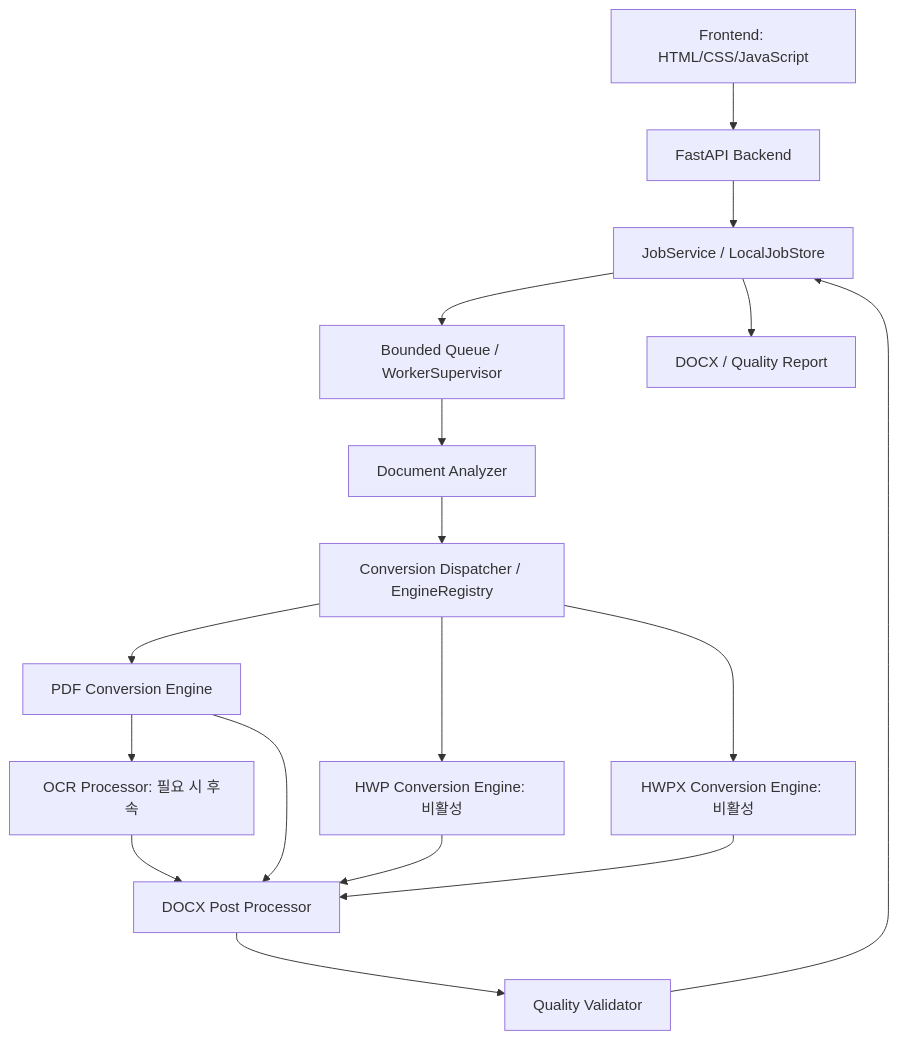
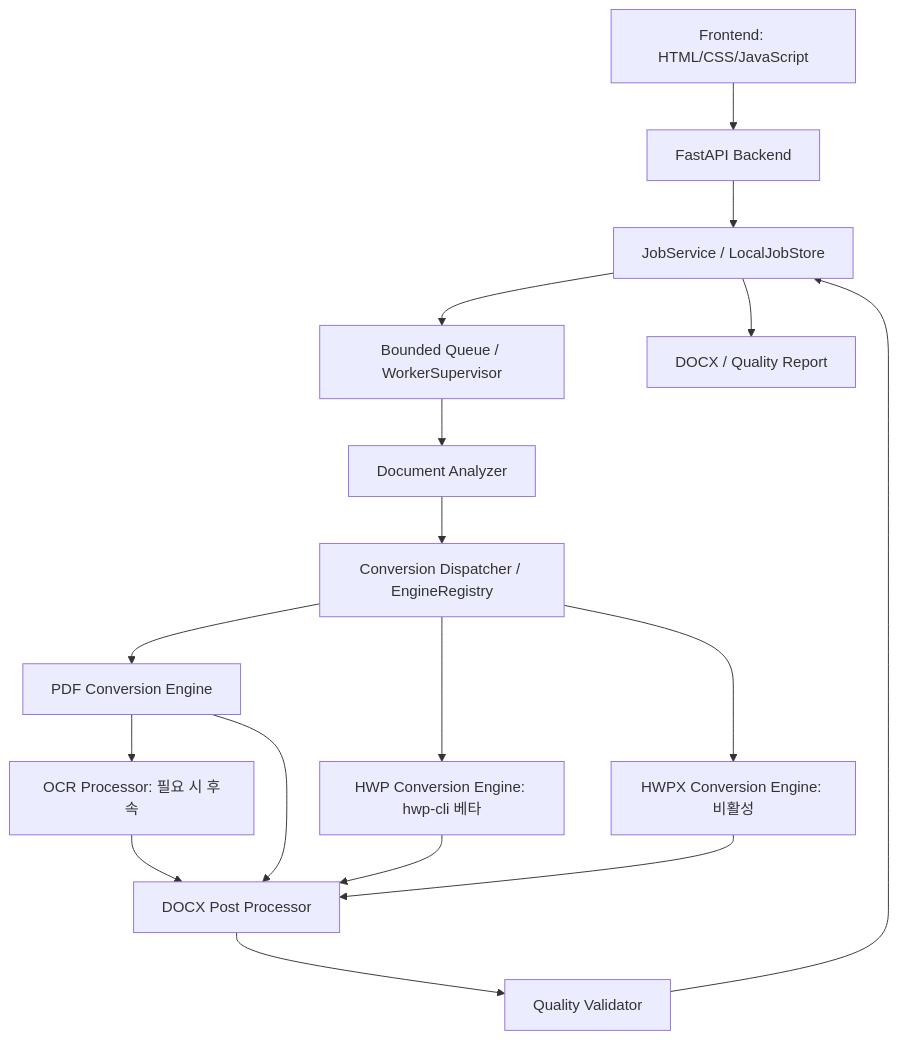
One commit to kmarx7/pdfhwp2pdf changed the diagram in docs/ARCHITECTURE.md. Above: the diagram before and after it, drawn with Mermaid. The commit also changed other lines of this file and 38 other files, not shown here.

Commit message:
feat: add HWP 5 to DOCX beta conversion and format selection

````diff
--- a/docs/ARCHITECTURE.md
+++ b/docs/ARCHITECTURE.md
@@ -7,19 +7,19 @@
 ```mermaid
 flowchart TD
     UI[Frontend: HTML/CSS/JavaScript] --> API[FastAPI Backend]
     API --> Store[JobService / LocalJobStore]
     Store --> Queue[Bounded Queue / WorkerSupervisor]
     Queue --> Analyzer[Document Analyzer]
     Analyzer --> Dispatcher[Conversion Dispatcher / EngineRegistry]
     Dispatcher --> PDF[PDF Conversion Engine]
-    Dispatcher --> HWP[HWP Conversion Engine: 비활성]
+    Dispatcher --> HWP[HWP Conversion Engine: hwp-cli 베타]
     Dispatcher --> HWPX[HWPX Conversion Engine: 비활성]
     PDF --> OCR[OCR Processor: 필요 시 후속]
     PDF --> Post[DOCX Post Processor]
     HWP --> Post
     HWPX --> Post
     OCR --> Post
     Post --> Validator[Quality Validator]
     Validator --> Store
     Store --> Download[DOCX / Quality Report]
 ```
````
